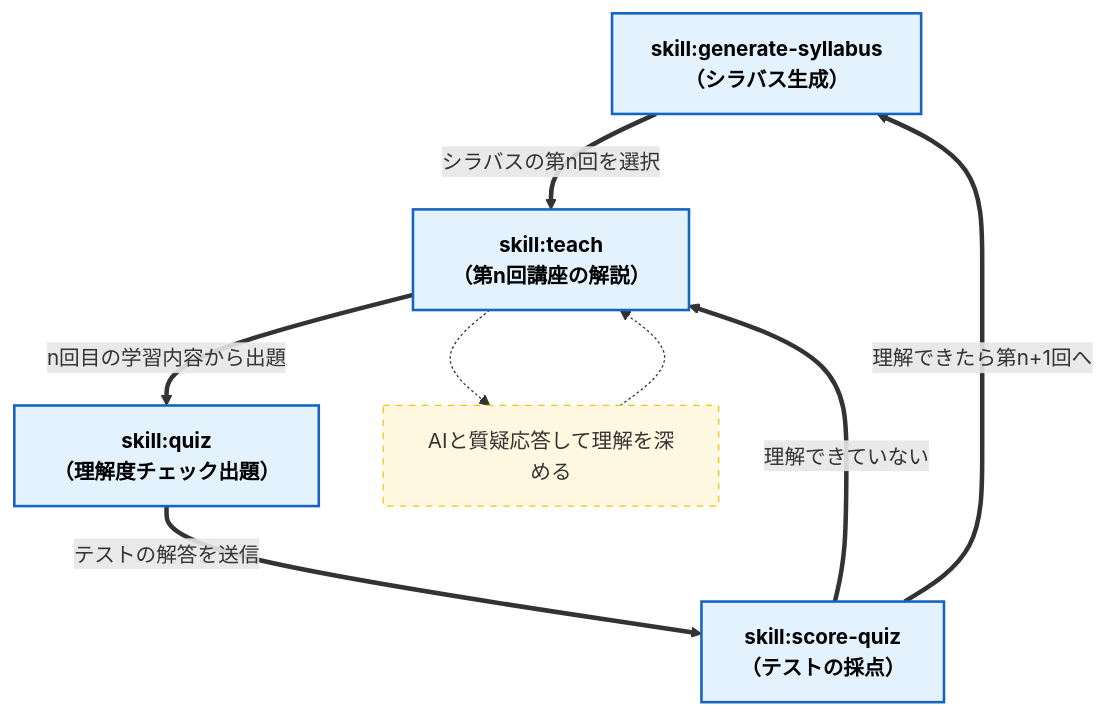
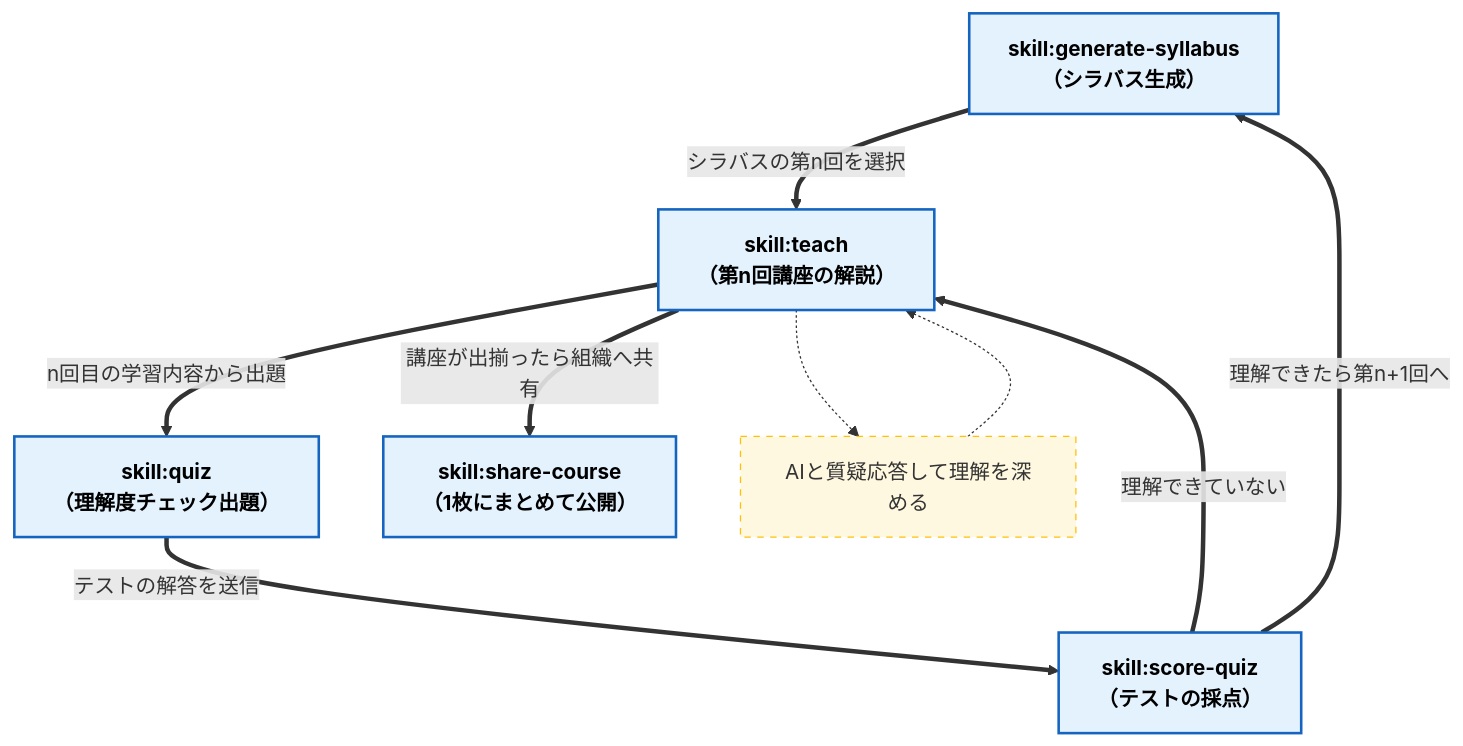
The diagram in README.md (pye-hj/claude-academy), drawn with Mermaid before and after one commit. The commit also changed other lines of this file and 2 other files, not shown here.

````diff
--- a/README.md
+++ b/README.md
@@ -50,26 +60,28 @@
 ```mermaid
 flowchart TD
 %% ノードの定義
 GS["skill:generate-syllabus<br/>（シラバス生成）"]
 TL["skill:teach<br/>（第n回講座の解説）"]
 QZ["skill:quiz<br/>（理解度チェック出題）"]
 SQ["skill:score-quiz<br/>（テストの採点）"]
+SC["skill:share-course<br/>（1枚にまとめて公開）"]
 
     %% 各ステップの補足情報（サブノート）
     noteTL["AIと質疑応答して理解を深める"]
 
     GS == "シラバスの第n回を選択" ==> TL
     TL -.-> noteTL
     noteTL -.-> TL
     SQ == "理解できていない" ==> TL
     SQ == "理解できたら第n+1回へ" ==> GS
     TL == "n回目の学習内容から出題" ==> QZ
     QZ == "テストの解答を送信" ==> SQ
+    TL == "講座が出揃ったら組織へ共有" ==> SC
 
     %% スタイリング
     classDef main fill:#e3f2fd,stroke:#1565c0,stroke-width:2px,color:#000,font-weight:bold
     classDef note fill:#fff8e1,stroke:#ffc107,stroke-width:1px,color:#333,stroke-dasharray: 5 5
 
-    class GS,TL,QZ,SQ main
+    class GS,TL,QZ,SQ,SC main
     class noteGS,noteTL,noteQZ note
 ```
````
